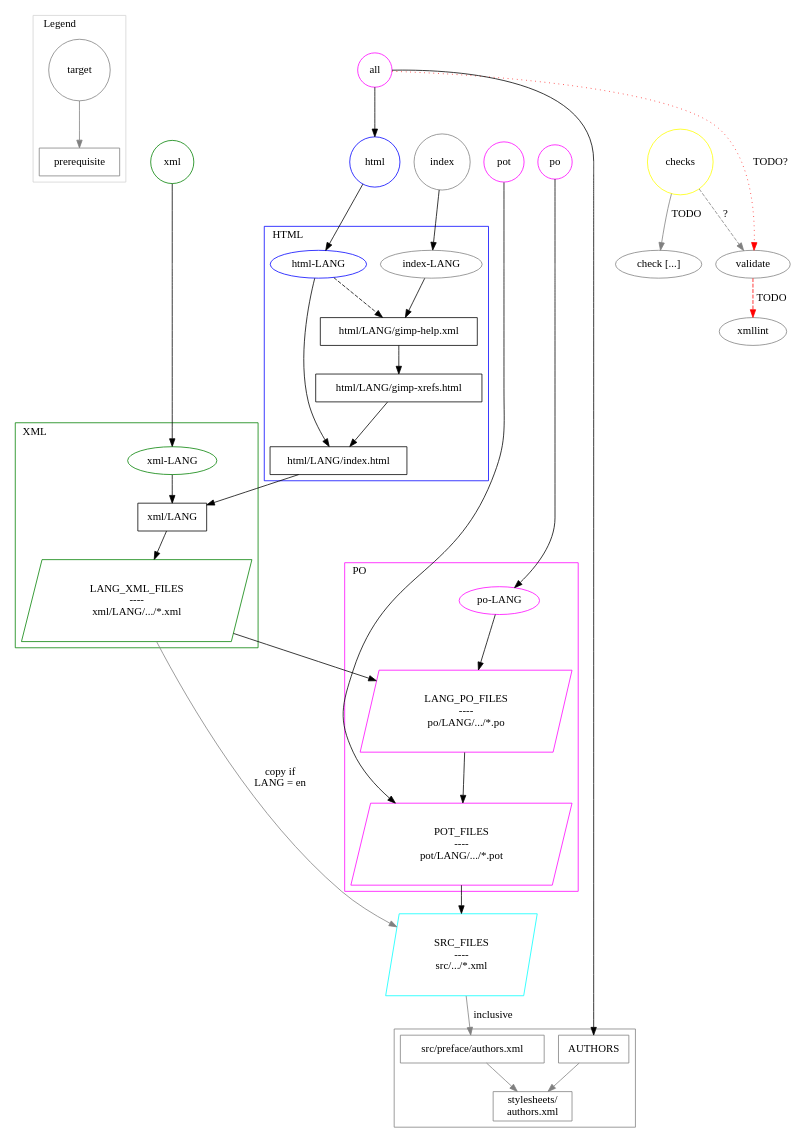
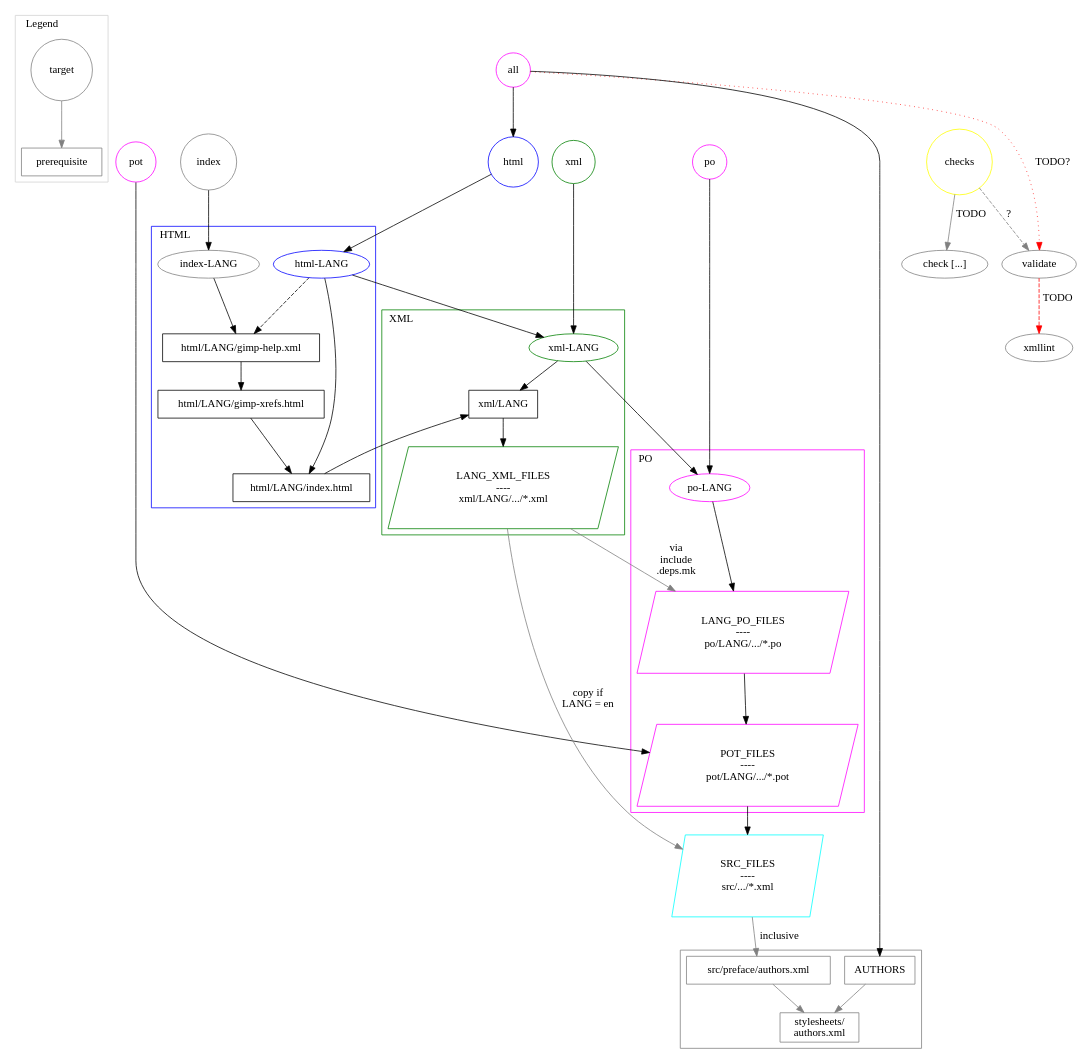
One commit to GNOME/gimp-help changed the diagram in make.d/build-system.dot. Above: the diagram before and after it, drawn with Graphviz. The commit also changed 2 other files, not shown here.

```diff
--- a/make.d/build-system.dot
+++ b/make.d/build-system.dot
@@ -1,141 +1,143 @@
 /*
     gimp-help build system
 
     Shapes:
         - circle    main targets
         - ellipse   lang-dependent or auxiliary targets
         - box       file or directory targets
         - polygon   file list
     Colors:
         - magenta   PO & POT
         - green     XML
         - blue      HTML
         - grey      minor targets etc.
         - red       TODO
 */
 
 digraph gimp_build_system {
     node[shape=box];
 
     subgraph cluster_legend {
         color=lightgrey;
         label="Legend";
         labeljust=l;
 
         target[color=grey shape=circle];
         prerequisite[color=grey shape=box];
 
         target -> prerequisite[color=grey];
     }
 
     all[label="all" color=magenta shape=circle];
 
     subgraph main_targets {
         rank=same;
         node[shape=circle];
 
         html[color=blue shape=circle];
         index[color=grey shape=circle];
         xml[color=green shape=circle];
         checks[color=yellow shape=circle]
 
         pot[color=magenta shape=circle];
         po[color=magenta shape=circle];
     }
 
     node[shape=box];
 
     all -> validate[label="TODO?" color=red style=dotted weight=1];
     all -> html[weight=5];
     all -> authors[weight=3];
 
     subgraph cluster_po {
         label="PO";
         labeljust=l;
         color=magenta;
 
         pot_files[label="POT_FILES\n----\npot/LANG/.../*.pot"
                   color=magenta shape=polygon side=4 skew=.2];
         po_files[label="LANG_PO_FILES\n----\npo/LANG/.../*.po"
                  color=magenta shape=polygon side=4 skew=.2];
 
         node[shape=ellipse];
         po_lang[label="po-LANG" color=magenta shape=ellipse];
         po_lang -> po_files -> pot_files;
     } /* subgraph cluster_po */
 
     src_files[label="SRC_FILES\n----\nsrc/.../*.xml"
               color=cyan shape=polygon side=4 skew=.2];
 
     pot_files -> src_files;
     src_files -> authors_src_file[color=grey label="inclusive"];
 
     po -> po_lang;
     pot -> pot_files;
 
     subgraph cluster_authors {
         color="grey";
         labeljust=l;
 
         authors[label="AUTHORS" color=grey shape=box]
         authors_data_file[label="stylesheets/\nauthors.xml"
                           color=grey shape=box]
         authors_src_file[label="src/preface/authors.xml" color=grey shape=box];
         authors -> authors_data_file[color=grey]
         authors_src_file -> authors_data_file[color=grey];
     } /* subgraph cluster_authors */
 
 
     xml[label="xml" shape=circle];
 
     subgraph cluster_xml {
         color="green";
         label="XML";
         labeljust=l;
 
         xml_lang[label="xml-LANG" color=green shape=ellipse];
         xml_dir[label="xml/LANG" shape=box];
         xml_files[label="LANG_XML_FILES\n----\nxml/LANG/.../*.xml"
                   shape=polygon side=4 skew=.2 color=green];
         xml_lang -> xml_dir -> xml_files;
-        xml_files -> po_files;
     } /* subgraph cluster_xml */
 
+    xml -> xml_lang[weight=4];
+    xml_lang  -> po_lang;
     xml_files -> src_files[color=grey label="copy if\nLANG = en"];
-    xml -> xml_lang[weight=4];
+    xml_files -> po_files[color=grey label="via\ninclude\n.deps.mk"];
 
     index -> index_lang;
 
     subgraph cluster_html {
         color="blue";
         label="HTML";
         labeljust=l;
 
         html_lang[label="html-LANG" color=blue shape=ellipse]
         html_main[label="html/LANG/index.html" shape=box]
         index_lang[label="index-LANG" color=grey shape=ellipse]
         xrefs_lang[label="html/LANG/gimp-xrefs.html" shape=box]
         help_lang[label="html/LANG/gimp-help.xml" shape=box]
 
         html_lang -> help_lang[style=dashed];
         html_lang -> html_main;
         html_main -> xml_dir;
         xrefs_lang -> html_main;
 
         index_lang -> help_lang -> xrefs_lang
 
     } /* subgraph cluster_html */
 
     html -> html_lang;
+    html_lang  -> xml_lang;
 
     /* TODO */
 
     check1[label="check [...]" color=grey shape=ellipse]
     validate[color=grey shape=ellipse]
     xmllint[color=grey shape=ellipse]
 
     checks -> validate[color=grey style=dashed label=" ?"]
     checks -> check1[color=grey label=" TODO"]
     validate -> xmllint[color=red style=dashed label=" TODO"]
 
 } /* digraph gimp_build_system */
```
